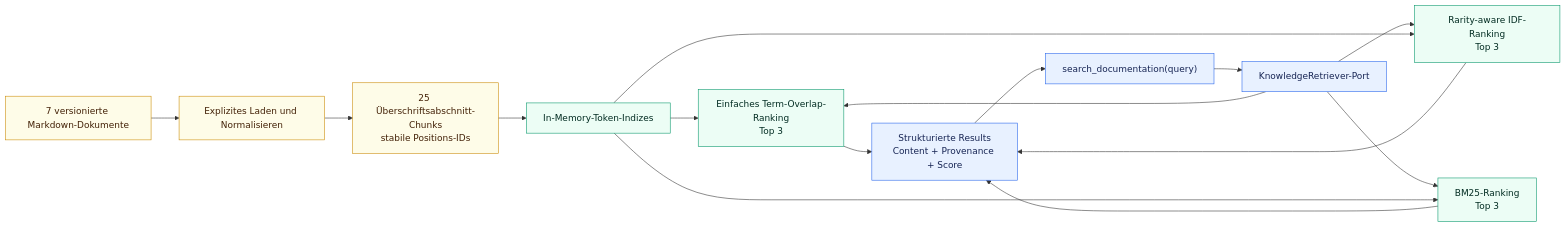
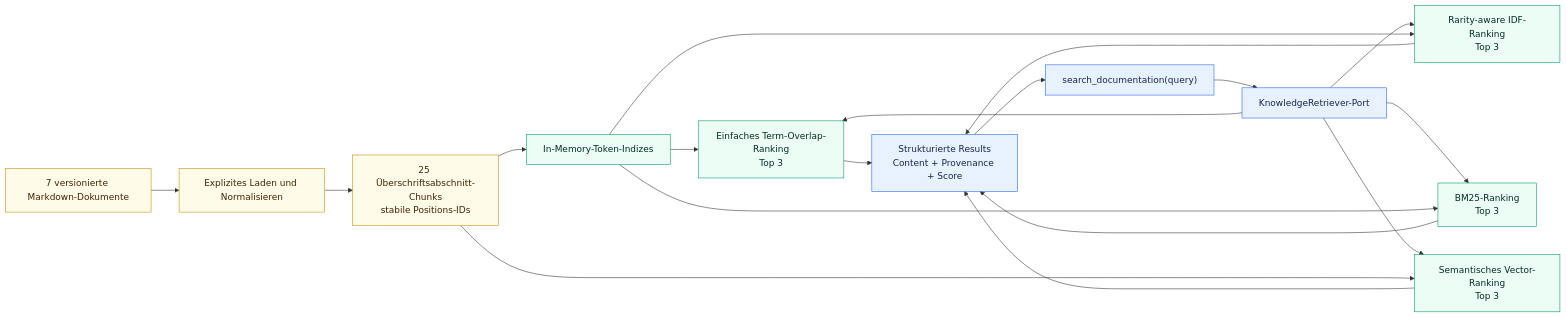
One commit to aboerzel/industrial-ai-agent changed the second of 11 diagrams in docs/architecture/overview.de.md. Above: the diagram before and after it, drawn with Mermaid. The commit also changed other lines of this file and 12 other files, not shown here.

````diff
--- a/docs/architecture/overview.de.md
+++ b/docs/architecture/overview.de.md
@@ -86,24 +100,27 @@
 ```mermaid
 flowchart LR
     Docs["7 versionierte Markdown-Dokumente"] --> Load["Explizites Laden und Normalisieren"]
     Load --> Chunk["25 Überschriftsabschnitt-Chunks<br/>stabile Positions-IDs"]
     Chunk --> Index["In-Memory-Token-Indizes"]
     Query["search_documentation(query)"] --> Port["KnowledgeRetriever-Port"]
     Port --> Simple["Einfaches Term-Overlap-Ranking<br/>Top 3"]
     Port --> IDFSearch["Rarity-aware IDF-Ranking<br/>Top 3"]
     Port --> BM25Search["BM25-Ranking<br/>Top 3"]
+    Port --> SemanticSearch["Semantisches Vector-Ranking<br/>Top 3"]
     Index --> Simple
     Index --> IDFSearch
     Index --> BM25Search
+    Chunk --> SemanticSearch
     Simple --> Results["Strukturierte Results<br/>Content + Provenance + Score"]
     IDFSearch --> Results
     BM25Search --> Results
+    SemanticSearch --> Results
     Results --> Query
 
     classDef data fill:#fefce8,stroke:#ca8a04,color:#422006
     classDef core fill:#e8f1ff,stroke:#2563eb,color:#172554
     classDef adapter fill:#ecfdf5,stroke:#059669,color:#022c22
     class Docs,Load,Chunk data
     class Query,Port,Results core
-    class Index,Simple,IDFSearch,BM25Search adapter
+    class Index,Simple,IDFSearch,BM25Search,SemanticSearch adapter
 ```
````
